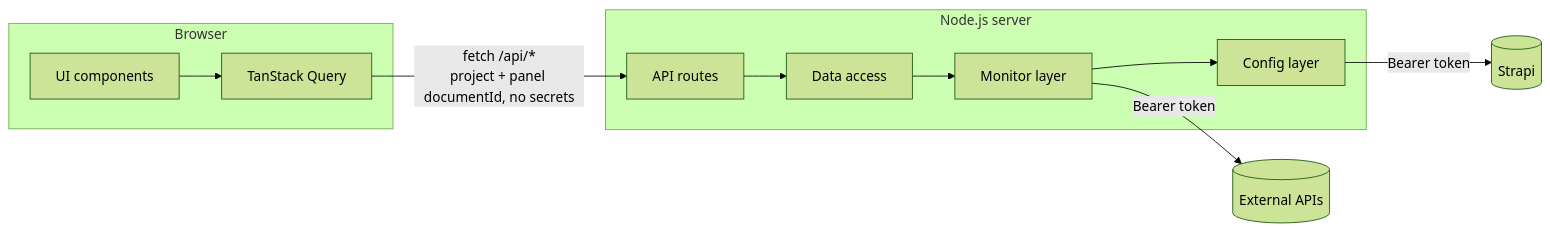
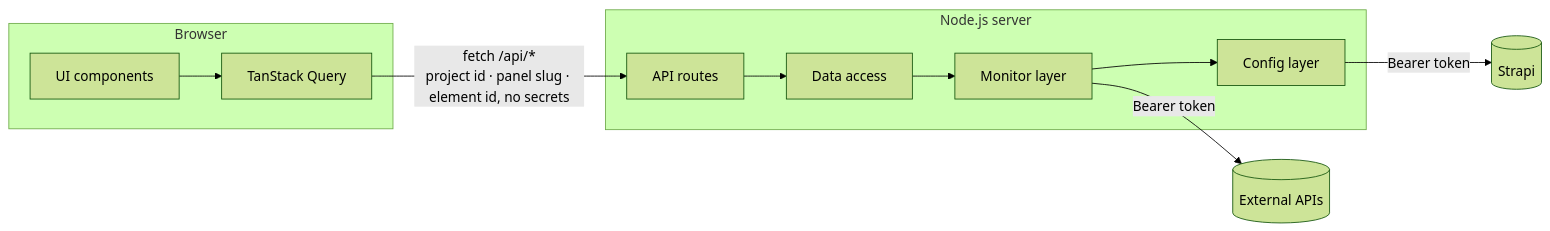
Before and after one commit to webteamuxco/dashboard-monitor: the fifth of 6 diagrams in apps/docs-site/docs/architecture.md, drawn with Mermaid (forest theme). The commit also changed other lines of this file and 10 other files, not shown here.

````diff
--- a/apps/docs-site/docs/architecture.md
+++ b/apps/docs-site/docs/architecture.md
@@ -149,20 +157,20 @@
 ```mermaid
 flowchart LR
     subgraph Browser[Browser]
         UI[UI components]
         TQ[TanStack Query]
     end
     subgraph Server[Node.js server]
         Routes[API routes]
         DA[Data access]
         Mon[Monitor layer]
         Cfg[Config layer]
     end
     UI --> TQ
-    TQ -- fetch /api/*<br/>project + panel documentId, no secrets --> Routes
+    TQ -- fetch /api/*<br/>project id · panel slug · element id, no secrets --> Routes
     Routes --> DA
     DA --> Mon
     Mon --> Cfg
     Cfg -- Bearer token --> Admin[(Strapi)]
     Mon -- Bearer token --> External[(External APIs)]
 ```
````
